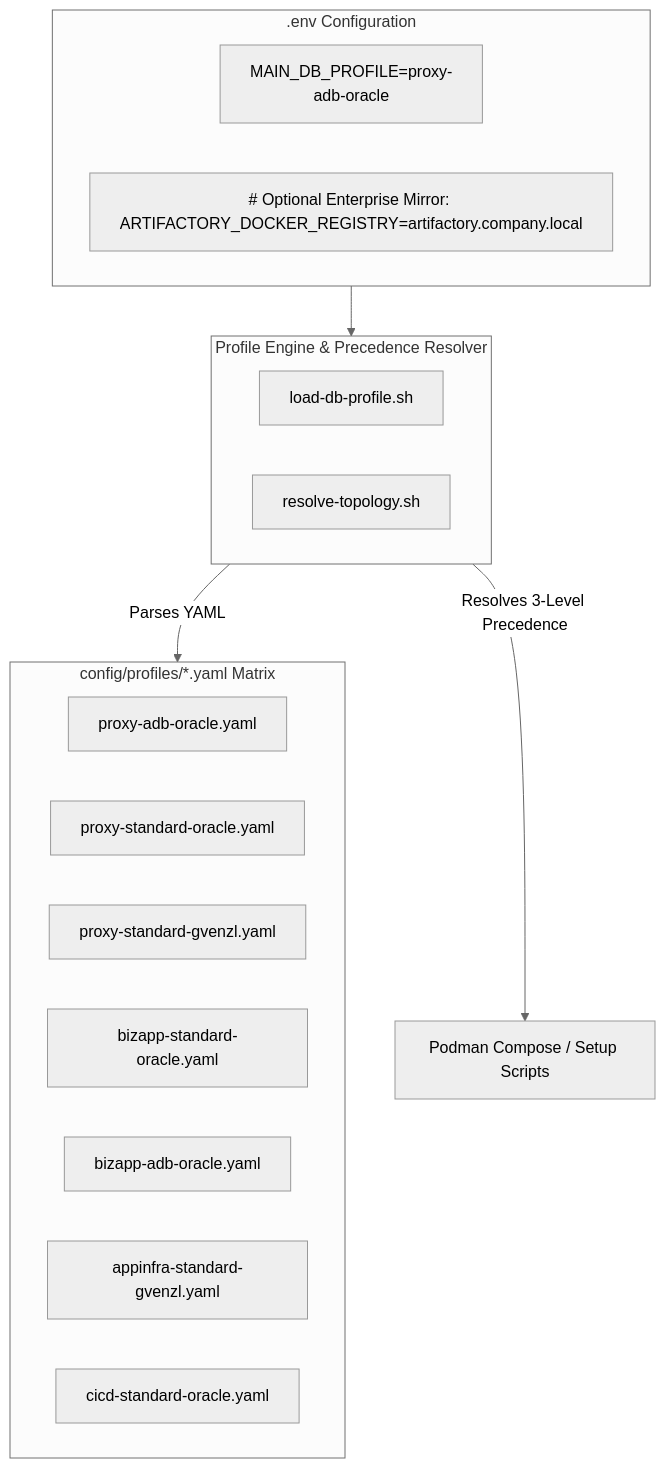
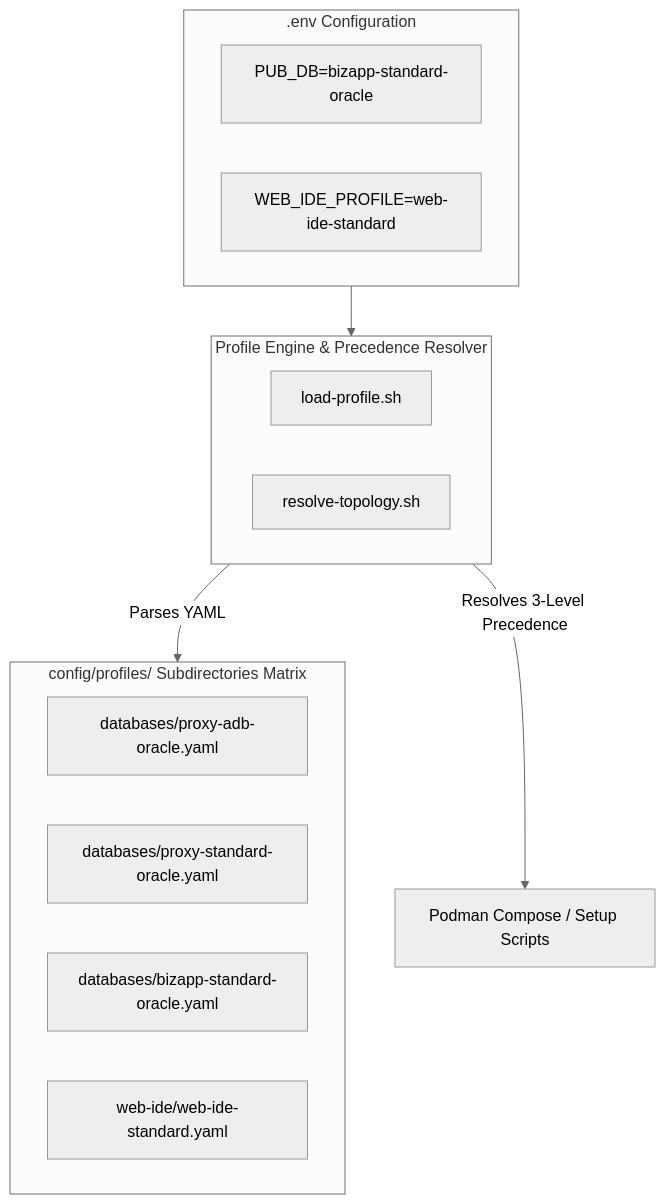
The first of 3 diagrams in docs/db-profiles-and-topology.md (alahe/oracle-devops-platform), drawn with Mermaid (neutral theme) before and after one commit. The commit also changed other lines of this file and 69 other files, not shown here.

Commit message:
feat: Add Windows Enterprise Podman launcher, Web IDE profiles, Google Antigravity & AI extension automation

````diff
--- a/docs/db-profiles-and-topology.md
+++ b/docs/db-profiles-and-topology.md
@@ -11,26 +11,23 @@
 ```mermaid
 flowchart TD
     subgraph UserConfig [".env Configuration"]
-        U1["MAIN_DB_PROFILE=proxy-adb-oracle"]
-        U2["# Optional Enterprise Mirror: ARTIFACTORY_DOCKER_REGISTRY=artifactory.company.local"]
+        U1["PUB_DB=bizapp-standard-oracle"]
+        U2["WEB_IDE_PROFILE=web-ide-standard"]
     end
 
     subgraph ProfileEngine ["Profile Engine & Precedence Resolver"]
-        E1["load-db-profile.sh"]
+        E1["load-profile.sh"]
         E2["resolve-topology.sh"]
     end
 
-    subgraph YAMLProfiles ["config/profiles/*.yaml Matrix"]
-        P1["proxy-adb-oracle.yaml"]
-        P2["proxy-standard-oracle.yaml"]
-        P3["proxy-standard-gvenzl.yaml"]
-        P4["bizapp-standard-oracle.yaml"]
-        P5["bizapp-adb-oracle.yaml"]
-        P6["appinfra-standard-gvenzl.yaml"]
-        P7["cicd-standard-oracle.yaml"]
+    subgraph YAMLProfiles ["config/profiles/ Subdirectories Matrix"]
+        P1["databases/proxy-adb-oracle.yaml"]
+        P2["databases/proxy-standard-oracle.yaml"]
+        P3["databases/bizapp-standard-oracle.yaml"]
+        P4["web-ide/web-ide-standard.yaml"]
     end
 
     UserConfig --> ProfileEngine
     ProfileEngine -->|Parses YAML| YAMLProfiles
     ProfileEngine -->|Resolves 3-Level Precedence| Deployment[Podman Compose / Setup Scripts]
 ```
````
